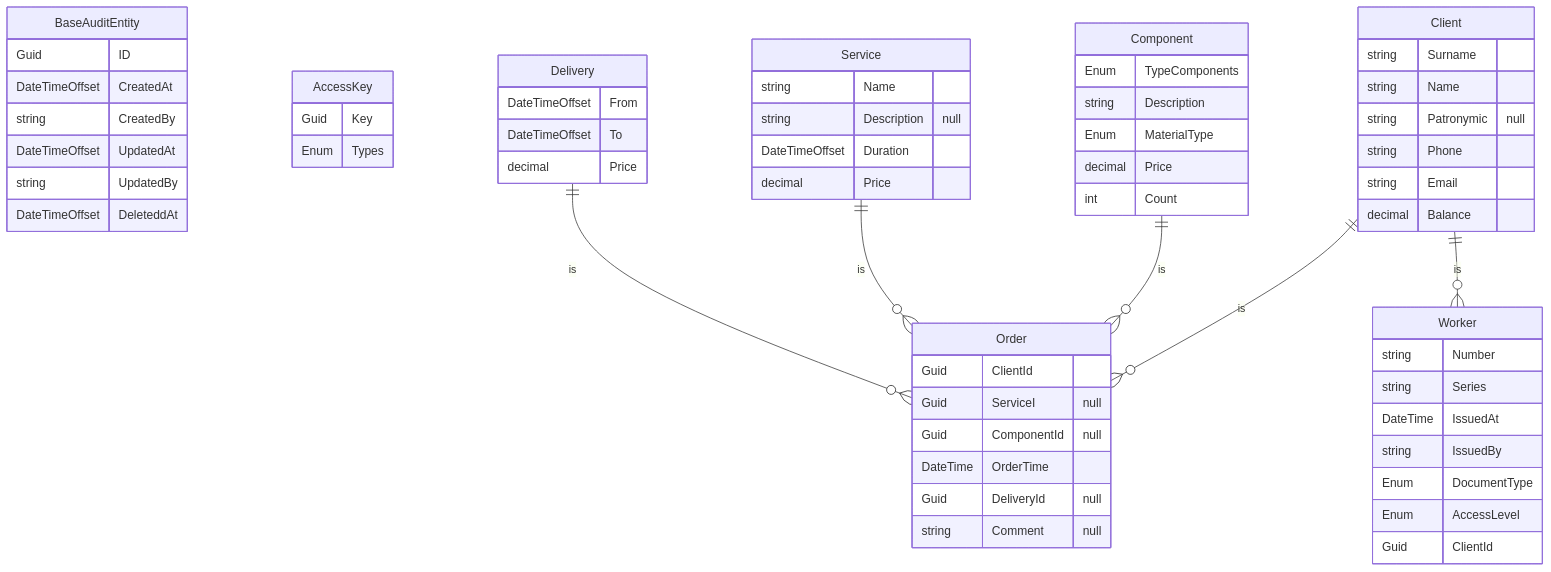
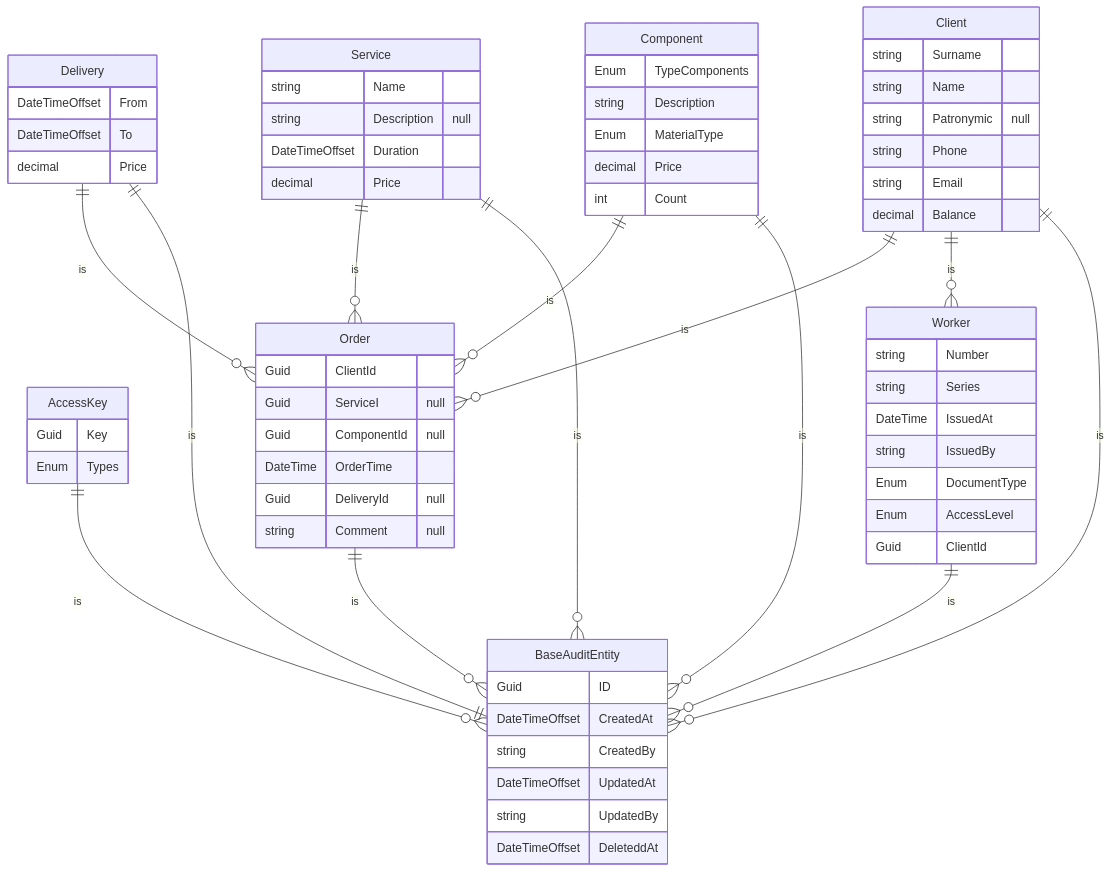
One commit to SlavaNik16/Accessories_PC_Nik_Api changed the diagram in README.md. Above: the diagram before and after it, drawn with Mermaid.

````diff
--- a/README.md
+++ b/README.md
@@ -5,69 +5,77 @@
 ```mermaid
 erDiagram
 
     BaseAuditEntity {
         Guid ID
         DateTimeOffset CreatedAt
         string CreatedBy
         DateTimeOffset UpdatedAt
         string UpdatedBy
         DateTimeOffset DeleteddAt
     }
 
     AccessKey {
         Guid Key
         Enum Types
     }
 
     Client {
         string Surname
         string Name
         string Patronymic "null"
         string Phone
         string Email
         decimal Balance
     }
 
     Component {
         Enum TypeComponents
         string Description
         Enum MaterialType
         decimal Price
         int Count
     }
 
      Delivery {
         DateTimeOffset From
         DateTimeOffset To
         decimal Price
     }
 
     Order {
         Guid ClientId
         Guid ServiceI "null"
         Guid ComponentId "null"
         DateTime OrderTime
         Guid DeliveryId "null"
         string Comment "null"
     }
     Service {
         string Name
         string Description "null"
         DateTimeOffset Duration
         decimal Price
     }
     Worker {
         string Number
         string Series
         DateTime IssuedAt
         string IssuedBy
         Enum DocumentType
         Enum AccessLevel
         Guid ClientId
     }
     Delivery ||--o{ Order: is
     Service ||--o{ Order: is
     Component ||--o{ Order: is
     Client ||--o{ Order: is
     Client ||--o{ Worker: is
+
+    Delivery ||--|| BaseAuditEntity: is
+    Service ||--o{ BaseAuditEntity: is
+    Component ||--o{ BaseAuditEntity: is
+    Worker ||--o{ BaseAuditEntity: is
+    Order ||--o{ BaseAuditEntity: is
+    AccessKey ||--o{ BaseAuditEntity: is
+    Client ||--o{ BaseAuditEntity: is
  ```
````
